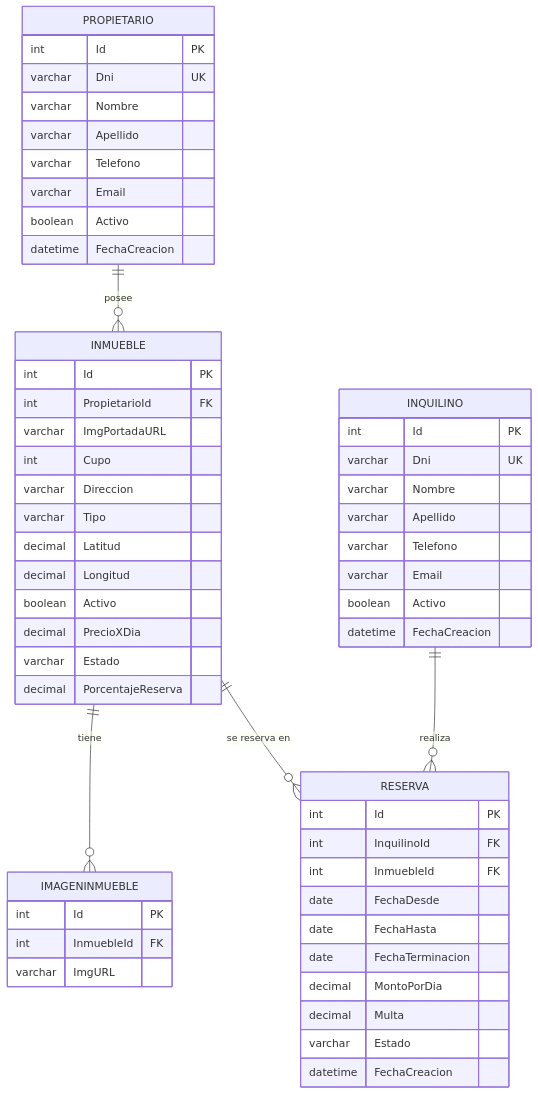
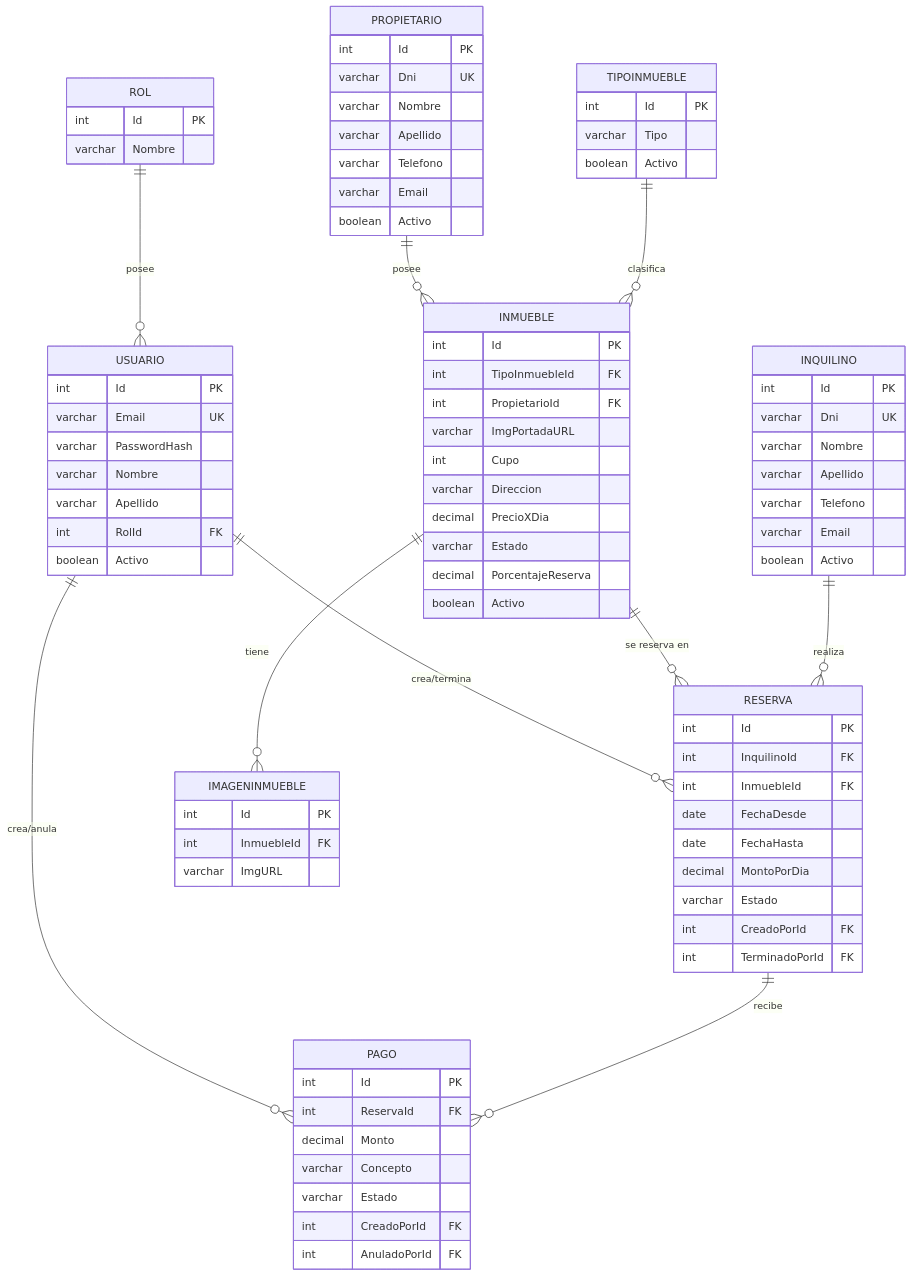
The diagram in README.md (FerrandoCarlos/inmobiliaria-Urbani-Ferrando), drawn with Mermaid before and after one commit. The commit also changed other lines of this file, not shown here.

````diff
--- a/README.md
+++ b/README.md
@@ -34,5 +34,32 @@
 ```mermaid
 erDiagram
+    ROL ||--o{ USUARIO : "posee"
+    USUARIO ||--o{ RESERVA : "crea/termina"
+    USUARIO ||--o{ PAGO : "crea/anula"
+
+    PROPIETARIO ||--o{ INMUEBLE : "posee"
+    TIPOINMUEBLE ||--o{ INMUEBLE : "clasifica"
+    INMUEBLE ||--o{ IMAGENINMUEBLE : "tiene"
+    INMUEBLE ||--o{ RESERVA : "se reserva en"
+
+    INQUILINO ||--o{ RESERVA : "realiza"
+    RESERVA ||--o{ PAGO : "recibe"
+
+    ROL {
+        int Id PK
+        varchar Nombre
+    }
+
+    USUARIO {
+        int Id PK
+        varchar Email UK
+        varchar PasswordHash
+        varchar Nombre
+        varchar Apellido
+        int RolId FK
+        boolean Activo
+    }
+
     PROPIETARIO {
         int Id PK
         varchar Dni UK
@@ -41,7 +68,6 @@
         varchar Telefono
         varchar Email
         boolean Activo
-        datetime FechaCreacion
     }
 
     INQUILINO {
@@ -52,22 +78,25 @@
         varchar Telefono
         varchar Email
         boolean Activo
-        datetime FechaCreacion
+    }
+
+    TIPOINMUEBLE {
+        int Id PK
+        varchar Tipo
+        boolean Activo
     }
 
     INMUEBLE {
         int Id PK
+        int TipoInmuebleId FK
         int PropietarioId FK
         varchar ImgPortadaURL
         int Cupo
         varchar Direccion
-        varchar Tipo
-        decimal Latitud
-        decimal Longitud
-        boolean Activo
         decimal PrecioXDia
         varchar Estado
         decimal PorcentajeReserva
+        boolean Activo
     }
 
     IMAGENINMUEBLE {
@@ -82,15 +111,19 @@
         int InmuebleId FK
         date FechaDesde
         date FechaHasta
-        date FechaTerminacion
         decimal MontoPorDia
-        decimal Multa
         varchar Estado
-        datetime FechaCreacion
+        int CreadoPorId FK
+        int TerminadoPorId FK
     }
 
-    PROPIETARIO ||--o{ INMUEBLE : "posee"
-    INMUEBLE ||--o{ IMAGENINMUEBLE : "tiene"
-    INMUEBLE ||--o{ RESERVA : "se reserva en"
-    INQUILINO ||--o{ RESERVA : "realiza"
+    PAGO {
+        int Id PK
+        int ReservaId FK
+        decimal Monto
+        varchar Concepto
+        varchar Estado
+        int CreadoPorId FK
+        int AnuladoPorId FK
+    }
 ```
````
